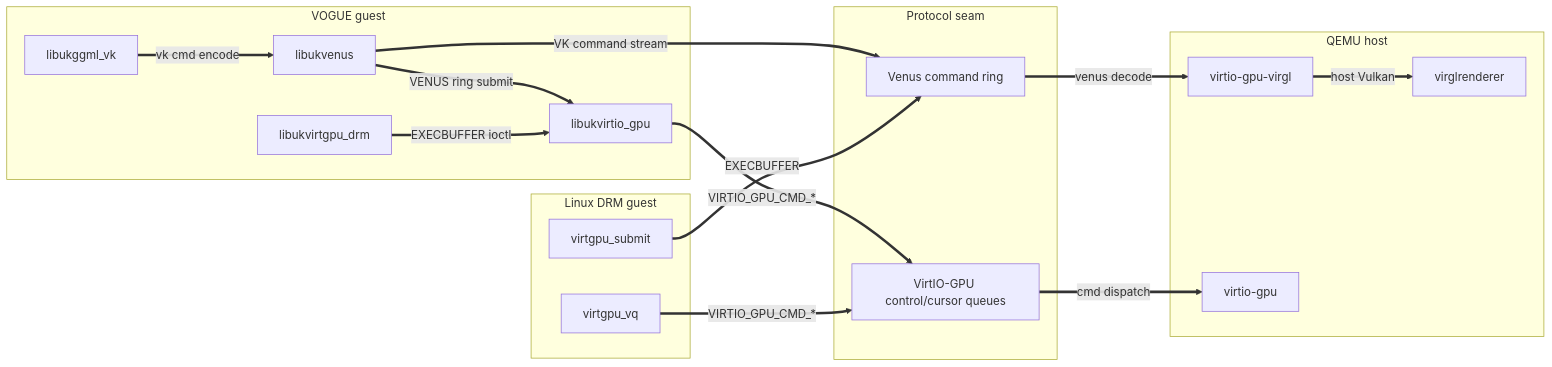
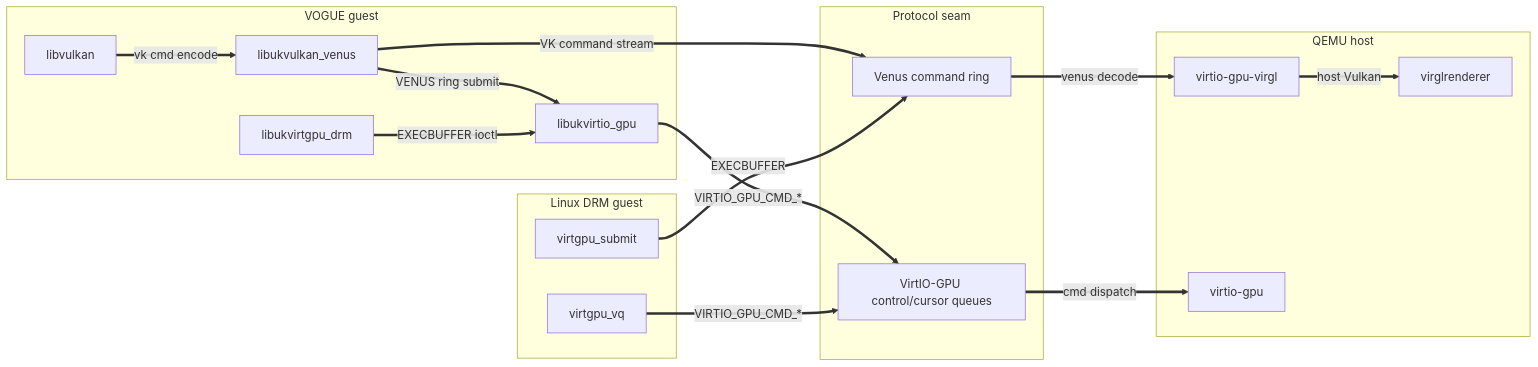
The diagram in results/depgraph/view-c-spine.mmd (vm-final-project/virtio-gpu), drawn with Mermaid before and after one commit. The commit also changed 170 other files, not shown here.

First line of the commit message:
vulkan: redesign around libvulkan + a native Venus driver; retire libukvk_icd and libukggml_vk

```diff
--- a/results/depgraph/view-c-spine.mmd
+++ b/results/depgraph/view-c-spine.mmd
@@ -1,31 +1,31 @@
 %% View C: Protocol Spine
 flowchart LR
   subgraph linux["Linux DRM guest"]
     linux_virtgpu_vq["virtgpu_vq"]
     linux_virtgpu_submit["virtgpu_submit"]
   end
   subgraph vogue["VOGUE guest"]
+    vogue_libukvirtgpu_drm["libukvirtgpu_drm"]
+    vogue_libukvulkan_venus["libukvulkan_venus"]
     vogue_libukvirtio_gpu["libukvirtio_gpu"]
-    vogue_libukggml_vk["libukggml_vk"]
-    vogue_libukvirtgpu_drm["libukvirtgpu_drm"]
-    vogue_libukvenus["libukvenus"]
+    vogue_libvulkan["libvulkan"]
   end
   subgraph seam["Protocol seam"]
+    seam_ctrlq["VirtIO-GPU control/cursor queues"]
     seam_venus_ring["Venus command ring"]
-    seam_ctrlq["VirtIO-GPU control/cursor queues"]
   end
   subgraph qemu["QEMU host"]
     qemu_virtio_gpu_virgl["virtio-gpu-virgl"]
+    qemu_virtio_gpu["virtio-gpu"]
     qemu_ext_virglrenderer["virglrenderer"]
-    qemu_virtio_gpu["virtio-gpu"]
   end
-  vogue_libukggml_vk ==>|vk cmd encode| vogue_libukvenus
-  vogue_libukvenus ==>|VENUS ring submit| vogue_libukvirtio_gpu
+  vogue_libvulkan ==>|vk cmd encode| vogue_libukvulkan_venus
+  vogue_libukvulkan_venus ==>|VENUS ring submit| vogue_libukvirtio_gpu
   vogue_libukvirtgpu_drm ==>|EXECBUFFER ioctl| vogue_libukvirtio_gpu
   vogue_libukvirtio_gpu ==>|VIRTIO_GPU_CMD_*| seam_ctrlq
-  vogue_libukvenus ==>|VK command stream| seam_venus_ring
+  vogue_libukvulkan_venus ==>|VK command stream| seam_venus_ring
   linux_virtgpu_vq ==>|VIRTIO_GPU_CMD_*| seam_ctrlq
   linux_virtgpu_submit ==>|EXECBUFFER| seam_venus_ring
   seam_ctrlq ==>|cmd dispatch| qemu_virtio_gpu
   seam_venus_ring ==>|venus decode| qemu_virtio_gpu_virgl
   qemu_virtio_gpu_virgl ==>|host Vulkan| qemu_ext_virglrenderer
```
